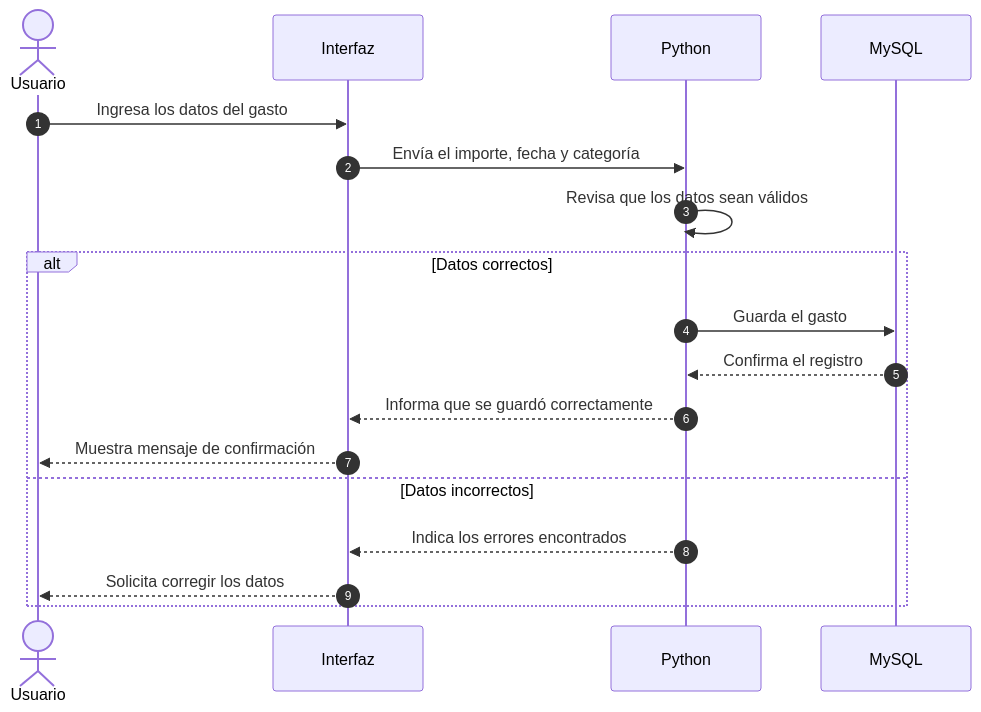
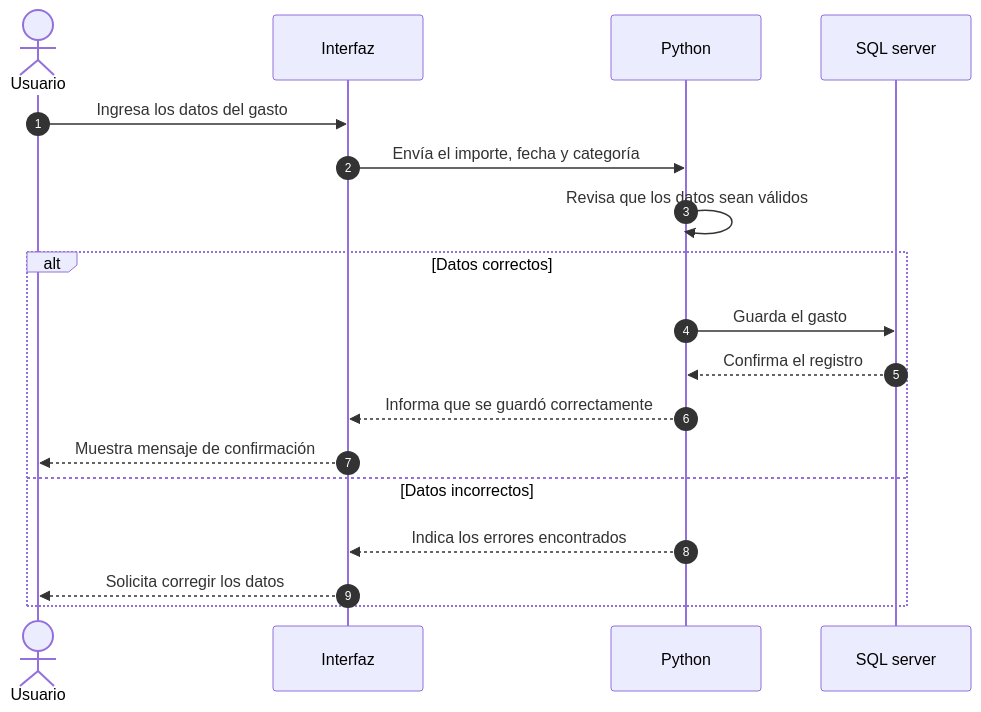
The third of 4 diagrams in SRS_IEEE830.md (13-quintana/proyecto_7cuatrimestre), drawn with Mermaid before and after one commit. The commit also changed other lines of this file and 5 other files, not shown here.

````diff
--- a/SRS_IEEE830.md
+++ b/SRS_IEEE830.md
@@ -141,22 +177,22 @@
 ```mermaid
 sequenceDiagram
     autonumber
     actor U as Usuario
     participant I as Interfaz
     participant P as Python
-    participant DB as MySQL
+    participant DB as SQL server
 
     U->>I: Ingresa los datos del gasto
     I->>P: Envía el importe, fecha y categoría
     P->>P: Revisa que los datos sean válidos
 
     alt Datos correctos
         P->>DB: Guarda el gasto
         DB-->>P: Confirma el registro
         P-->>I: Informa que se guardó correctamente
         I-->>U: Muestra mensaje de confirmación
     else Datos incorrectos
         P-->>I: Indica los errores encontrados
         I-->>U: Solicita corregir los datos
     end
 ```
````
